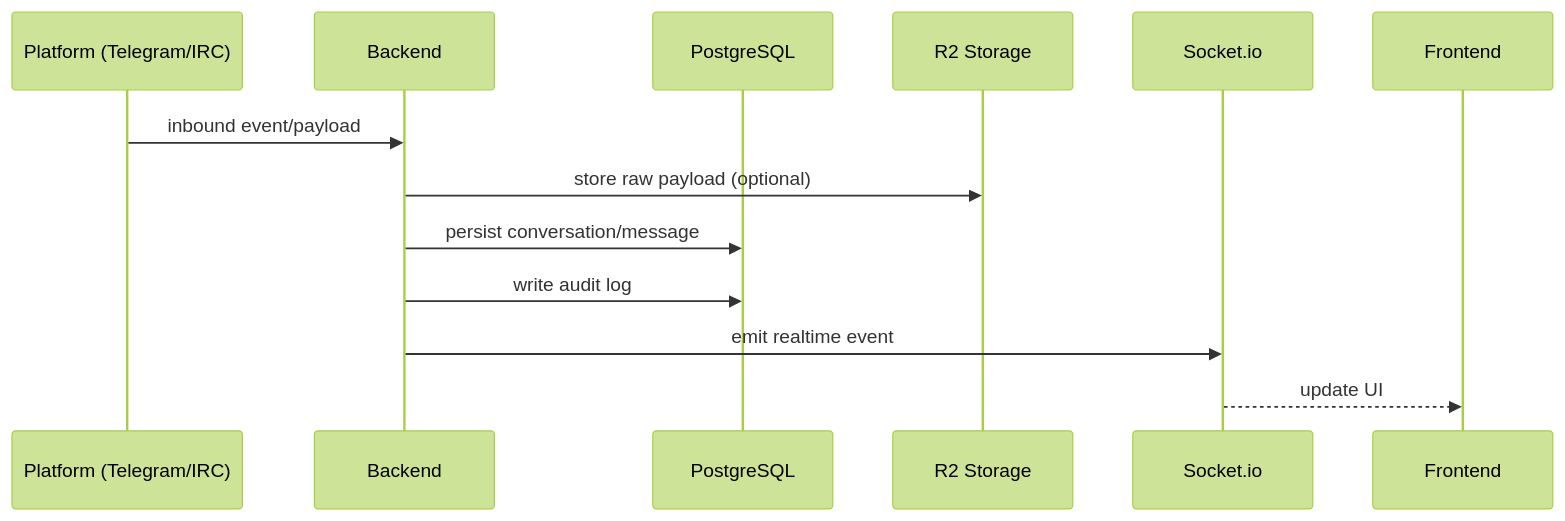
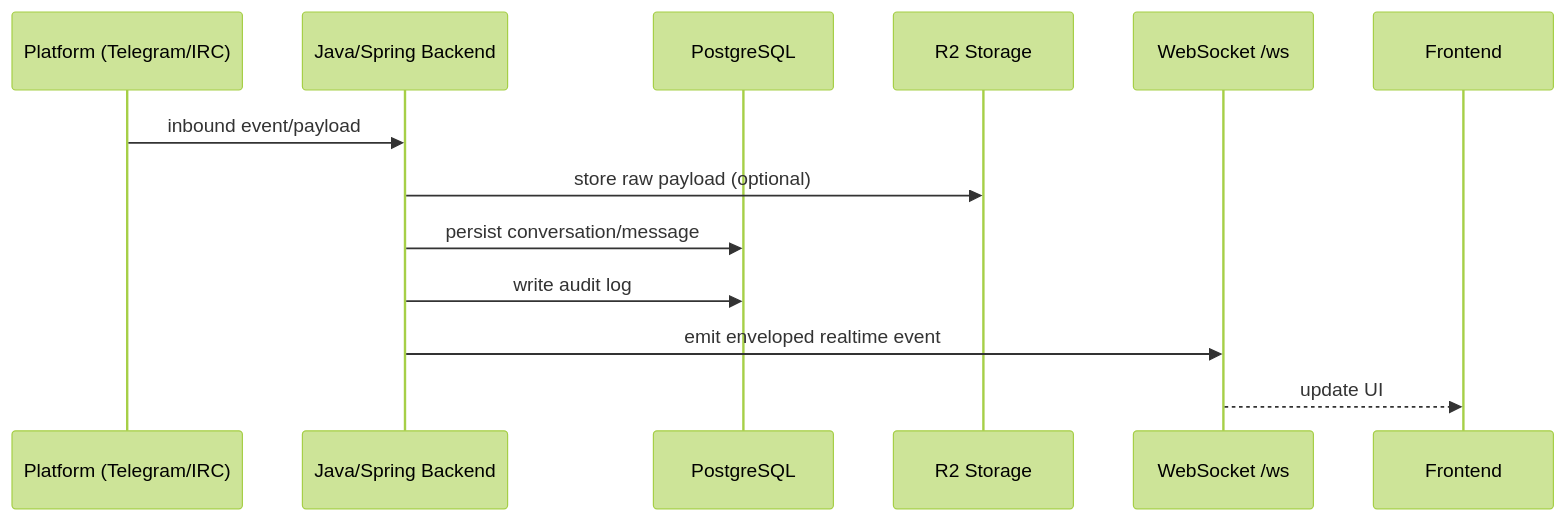
The diagram in .docs/architecture/003-data-architecture.md (csim-sg/yacc), drawn with Mermaid (forest theme) before and after one commit. The commit also changed other lines of this file and 14 other files, not shown here.

First line of the commit message:
docs(scope): documentation sweep to the Java/Spring backend truth (MIG-090, #365)

````diff
--- a/.docs/architecture/003-data-architecture.md
+++ b/.docs/architecture/003-data-architecture.md
@@ -40,16 +42,16 @@
 ```mermaid
 sequenceDiagram
   participant P as Platform (Telegram/IRC)
-  participant BE as Backend
+  participant BE as Java/Spring Backend
   participant DB as PostgreSQL
   participant R2 as R2 Storage
-  participant WS as Socket.io
+  participant WS as WebSocket /ws
   participant FE as Frontend
 
   P->>BE: inbound event/payload
   BE->>R2: store raw payload (optional)
   BE->>DB: persist conversation/message
   BE->>DB: write audit log
-  BE->>WS: emit realtime event
+  BE->>WS: emit enveloped realtime event
   WS-->>FE: update UI
 ```
````
